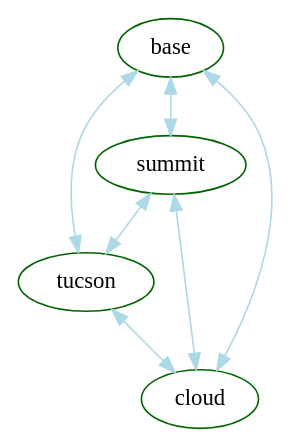
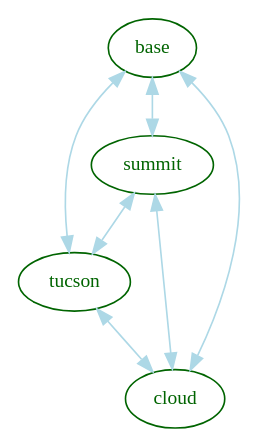
One commit to jhoblitt/onprem changed the diagram in ldap_replication.dot. Above: the diagram before and after it, drawn with Graphviz.

Commit message:
reduce font size

```diff
--- a/ldap_replication.dot
+++ b/ldap_replication.dot
@@ -1,27 +1,28 @@
 digraph top {
 //  dpi=100
   ranksep=0.5
   rankdir=TB
   overlap=false
+  newrank=true
   clusterrank=local
 
   {
-    node [shape=ellipse fontsize=14 style=filled fillcolor=white color=darkgreen]
+    node [shape=ellipse fontsize=12 style=filled fillcolor=white color=darkgreen fontcolor=darkgreen]
     base [label="base"]
     summit [label="summit"]
     tucson [label="tucson"]
     cloud [label="cloud"]
   }
 
   {
     edge [color=lightblue dir=both]
     base -> summit
     base -> tucson
     base -> cloud
 
     summit -> tucson
     summit -> cloud
 
     tucson -> cloud
   }
 }
```
